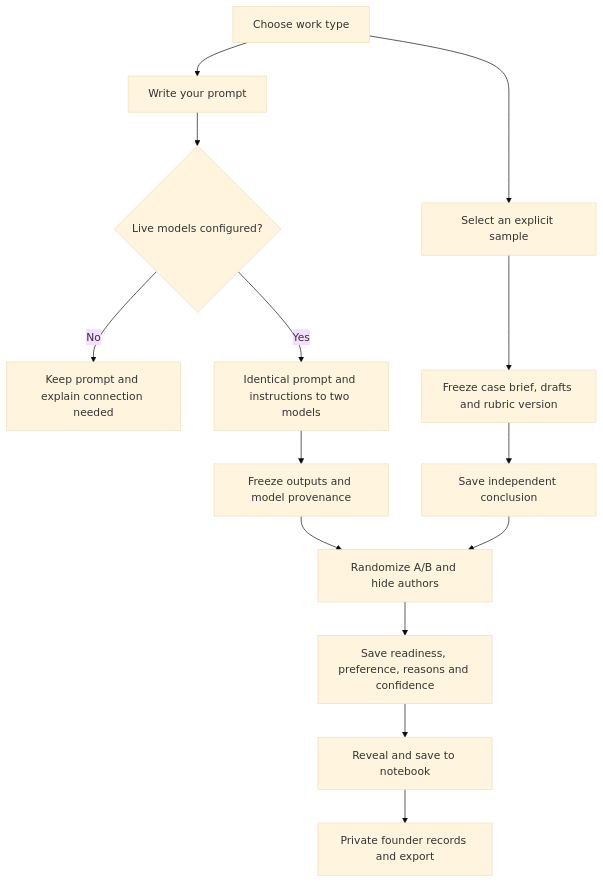
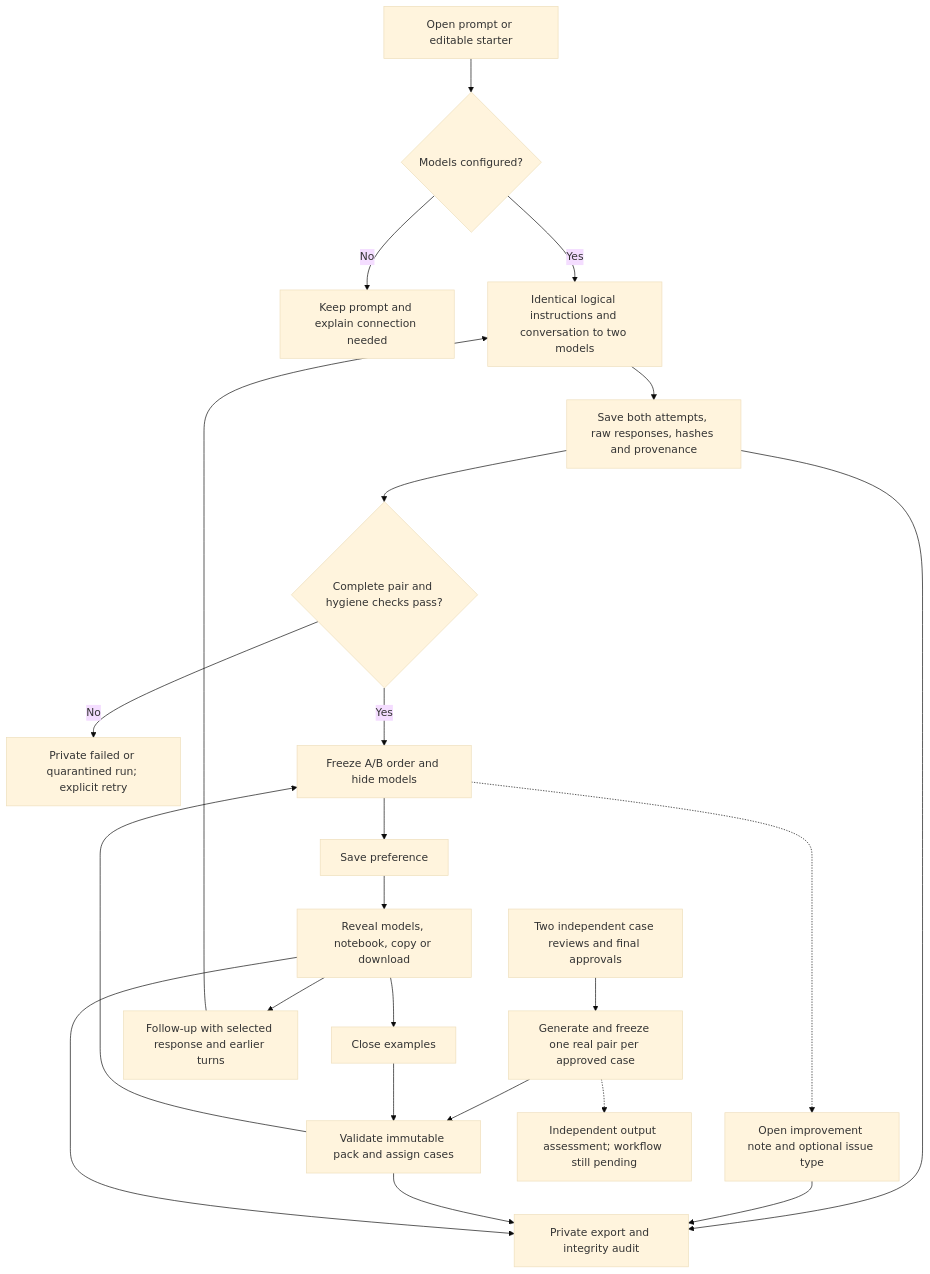
The diagram in docs/pilot/DATA-PIPELINE.md (dmurguia/calibration-arena), drawn with Mermaid (base theme) before and after one commit. The commit also changed other lines of this file and 31 other files, not shown here.

````diff
--- a/docs/pilot/DATA-PIPELINE.md
+++ b/docs/pilot/DATA-PIPELINE.md
@@ -15,16 +5,25 @@
 ```mermaid
 flowchart TD
-    T[Choose work type] --> P[Write your prompt]
-    T --> S[Select an explicit sample]
-    P --> C{Live models configured?}
+    P[Open prompt or editable starter] --> C{Models configured?}
     C -->|No| E[Keep prompt and explain connection needed]
-    C -->|Yes| M[Identical prompt and instructions to two models]
-    M --> F[Freeze outputs and model provenance]
-    S --> V[Freeze case brief, drafts and rubric version]
-    V --> I[Save independent conclusion]
-    F --> B[Randomize A/B and hide authors]
-    I --> B
-    B --> J[Save readiness, preference, reasons and confidence]
-    J --> R[Reveal and save to notebook]
-    R --> X[Private founder records and export]
+    C -->|Yes| M[Identical logical instructions and conversation to two models]
+    M --> F[Save both attempts, raw responses, hashes and provenance]
+    F --> H{Complete pair and hygiene checks pass?}
+    H -->|No| Q[Private failed or quarantined run; explicit retry]
+    H -->|Yes| B[Freeze A/B order and hide models]
+    A[Two independent case reviews and final approvals] --> G[Generate and freeze one real pair per approved case]
+    G --> K[Validate immutable pack and assign cases]
+    S[Close examples] --> K
+    K --> B
+    B --> V[Save preference]
+    B -.-> I[Open improvement note and optional issue type]
+    V --> R[Reveal models, notebook, copy or download]
+    R --> U[Follow-up with selected response and earlier turns]
+    U --> M
+    R --> S
+    F --> X[Private export and integrity audit]
+    I --> X
+    K --> X
+    R --> X
+    G -.-> O[Independent output assessment; workflow still pending]
 ```
````
